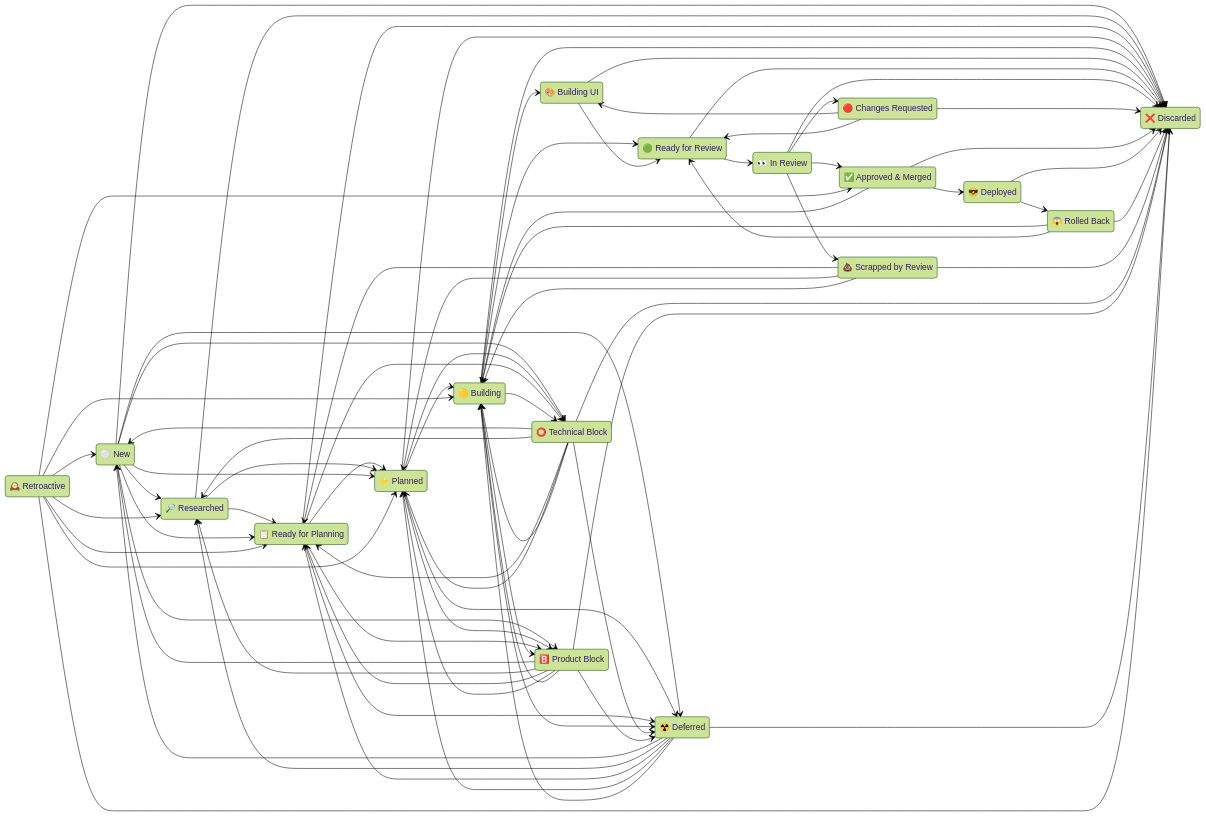
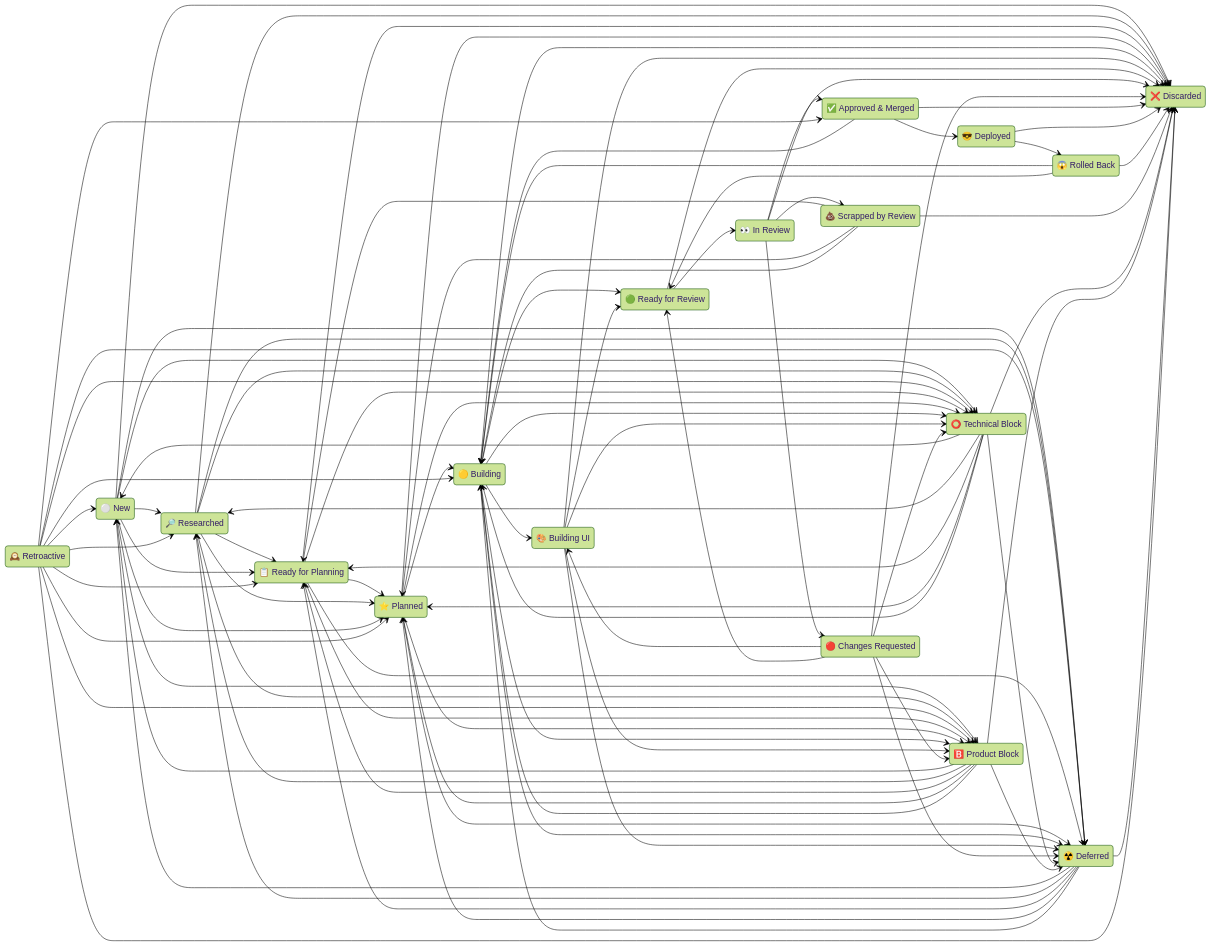
Before and after one commit to kigster/agentilda: the diagram in docs/WORKFLOW.md, drawn with Mermaid (forest theme). The commit also changed other lines of this file and 2 other files, not shown here.

```diff
--- a/docs/WORKFLOW.md
+++ b/docs/WORKFLOW.md
@@ -202,17 +202,29 @@
     approved --> deployed
     deployed --> rolled_back
     new --> blocked
+    researched --> blocked
+    retroactive --> blocked
+    ready_for_planning --> blocked
     planned --> blocked
-    ready_for_planning --> blocked
     building --> blocked
+    building_ui --> blocked
+    rejected --> blocked
     new --> product_blocked
+    researched --> product_blocked
+    retroactive --> product_blocked
+    ready_for_planning --> product_blocked
     planned --> product_blocked
-    ready_for_planning --> product_blocked
     building --> product_blocked
+    building_ui --> product_blocked
+    rejected --> product_blocked
     new --> deferred
+    researched --> deferred
+    retroactive --> deferred
+    ready_for_planning --> deferred
     planned --> deferred
-    ready_for_planning --> deferred
     building --> deferred
+    building_ui --> deferred
+    rejected --> deferred
     blocked --> deferred
     product_blocked --> deferred
     new --> discarded
```
